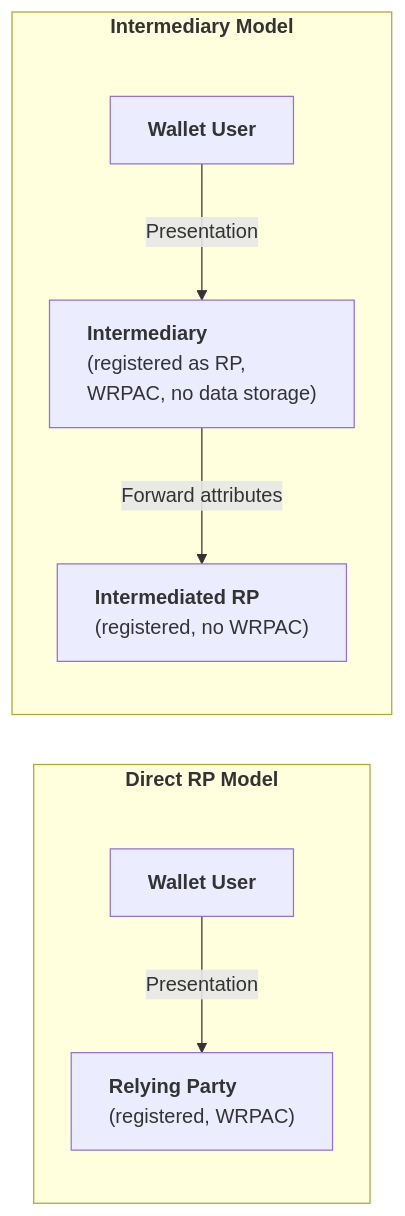
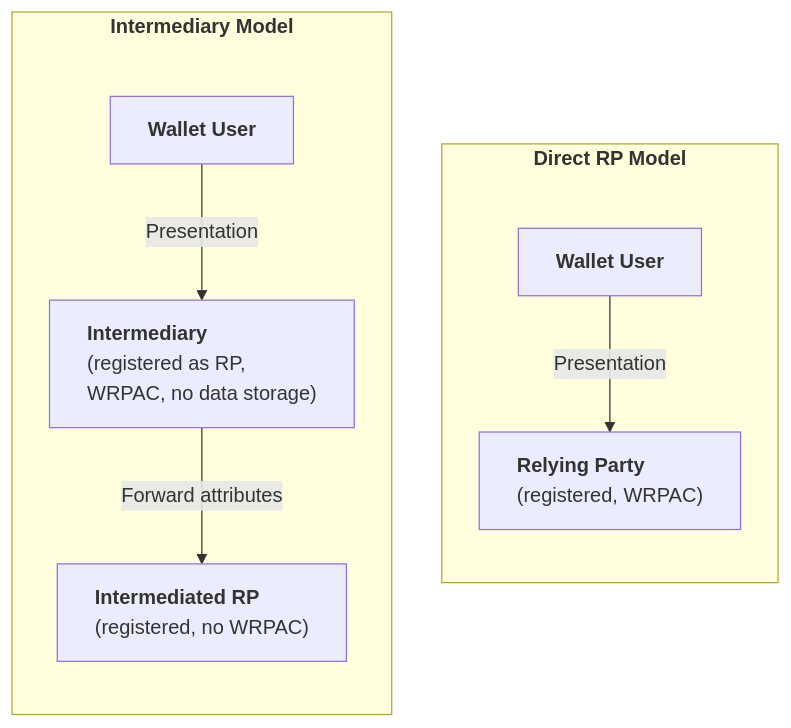
Before and after one commit to ivanstambuk/deep-research: the second of 27 diagrams in papers/DR-0002/DR-0002-eudi-wallet-relying-party-integration.md, drawn with Mermaid. The commit also changed other lines of this file, not shown here.

````diff
--- a/papers/DR-0002/DR-0002-eudi-wallet-relying-party-integration.md
+++ b/papers/DR-0002/DR-0002-eudi-wallet-relying-party-integration.md
@@ -463,31 +463,31 @@
 ```mermaid
 ---
 config:
   flowchart:
     subGraphTitleMargin:
       bottom: 25
     nodeSpacing: 40
     rankSpacing: 60
 ---
-flowchart LR
+flowchart TD
     subgraph Direct["`**Direct RP Model**`"]
         direction TB
         U1["`**Wallet User**`"] -->|"Presentation"| RP1["`**Relying Party**
         (registered,&nbsp;WRPAC)`"]
     end
 
     subgraph Intermediated["`**Intermediary Model**`"]
         direction TB
         U2["`**Wallet User**`"] -->|"Presentation"| INT["`**Intermediary**
         (registered&nbsp;as&nbsp;RP,
         WRPAC,&nbsp;no&nbsp;data&nbsp;storage)`"]
         INT -->|"Forward attributes"| RP2["`**Intermediated RP**
         (registered,&nbsp;no&nbsp;WRPAC)`"]
     end
     
     style U1 text-align:left
     style RP1 text-align:left
     style U2 text-align:left
     style INT text-align:left
     style RP2 text-align:left
 ```
````
